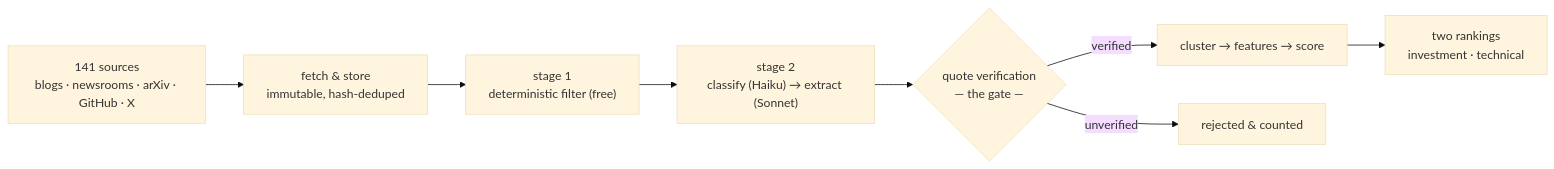
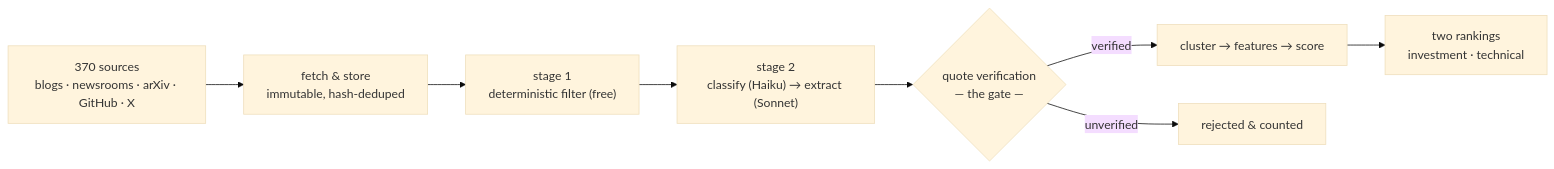
The diagram in README.md (skamble2/frontier-intel), drawn with Mermaid (base theme) before and after one commit. The commit also changed other lines of this file and 35 other files, not shown here.

````diff
--- a/README.md
+++ b/README.md
@@ -45,10 +45,10 @@
 ```mermaid
 flowchart LR
-    A["141 sources<br/>blogs · newsrooms · arXiv · GitHub · X"] --> B["fetch & store<br/>immutable, hash-deduped"]
+    A["370 sources<br/>blogs · newsrooms · arXiv · GitHub · X"] --> B["fetch & store<br/>immutable, hash-deduped"]
     B --> C["stage 1<br/>deterministic filter (free)"]
     C --> D["stage 2<br/>classify (Haiku) → extract (Sonnet)"]
     D --> E{"quote verification<br/>— the gate —"}
     E -->|verified| F["cluster → features → score"]
     E -->|unverified| G["rejected & counted"]
     F --> H["two rankings<br/>investment · technical"]
 ```
````
